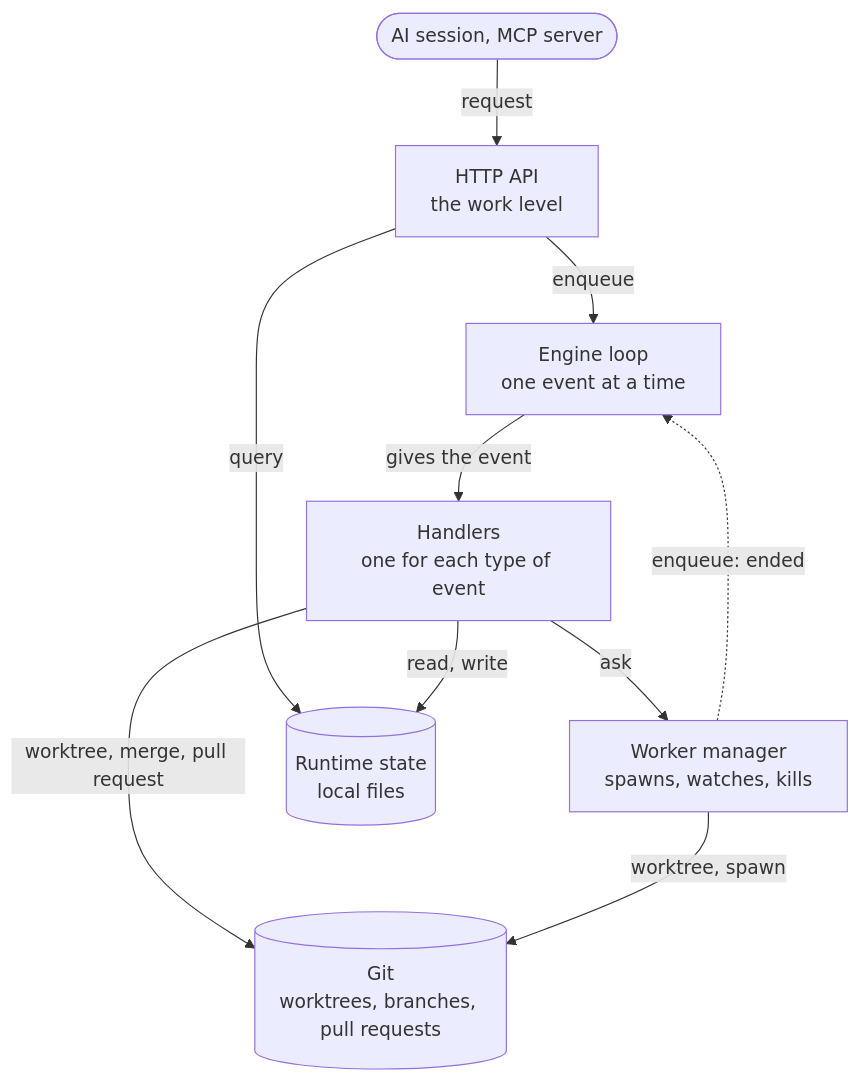
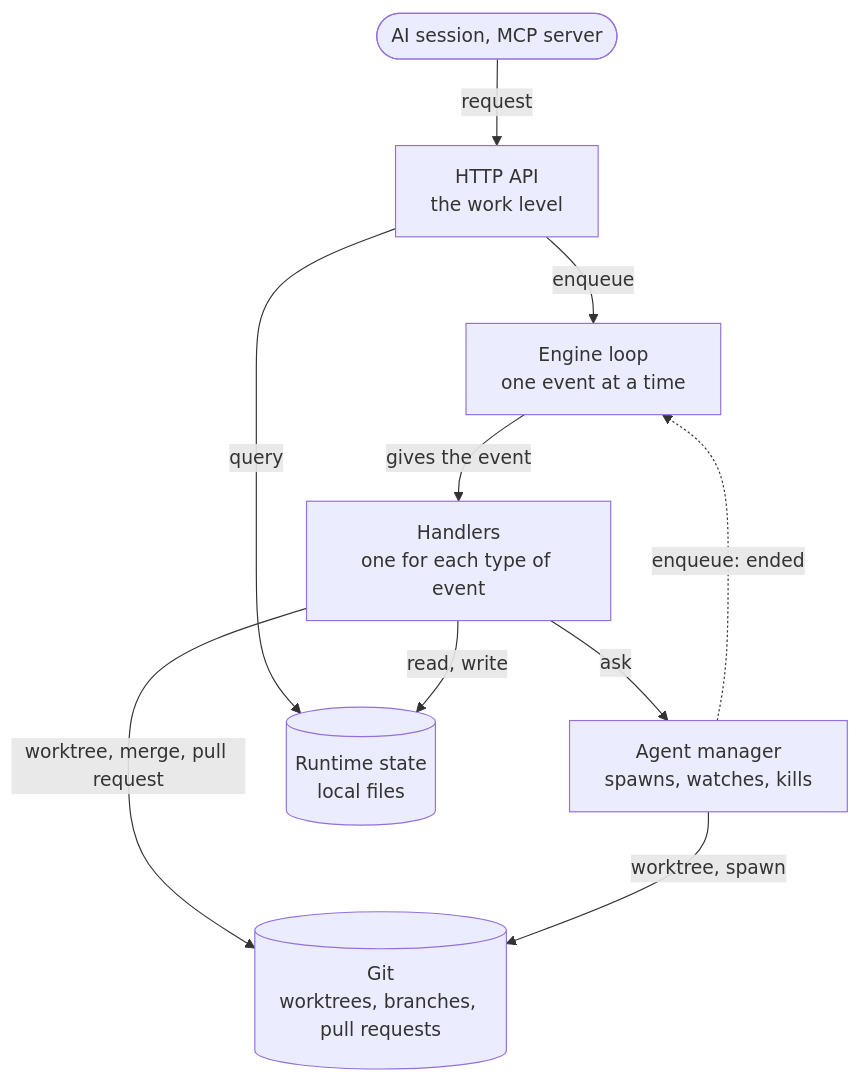
The first of 3 diagrams in docs/engine.md (longlh/superteam), drawn with Mermaid before and after one commit. The commit also changed other lines of this file and 2 other files, not shown here.

First line of the commit message:
Rename the worker manager to the agent manager

````diff
--- a/docs/engine.md
+++ b/docs/engine.md
@@ -52,20 +52,20 @@
 ```mermaid
 flowchart TD
   client([AI session, MCP server]) -->|request| api
 
   api["HTTP API<br/>the work level"]
   loop["Engine loop<br/>one event at a time"]
   handlers["Handlers<br/>one for each type of event"]
-  workers["Worker manager<br/>spawns, watches, kills"]
+  workers["Agent manager<br/>spawns, watches, kills"]
   runtime[("Runtime state<br/>local files")]
   git[("Git<br/>worktrees, branches, pull requests")]
 
   api -->|enqueue| loop
   api -->|query| runtime
   loop -->|gives the event| handlers
   handlers -->|read, write| runtime
   handlers -->|ask| workers
   handlers -->|worktree, merge, pull request| git
   workers -->|worktree, spawn| git
   workers -.->|enqueue: ended| loop
 ```
````
